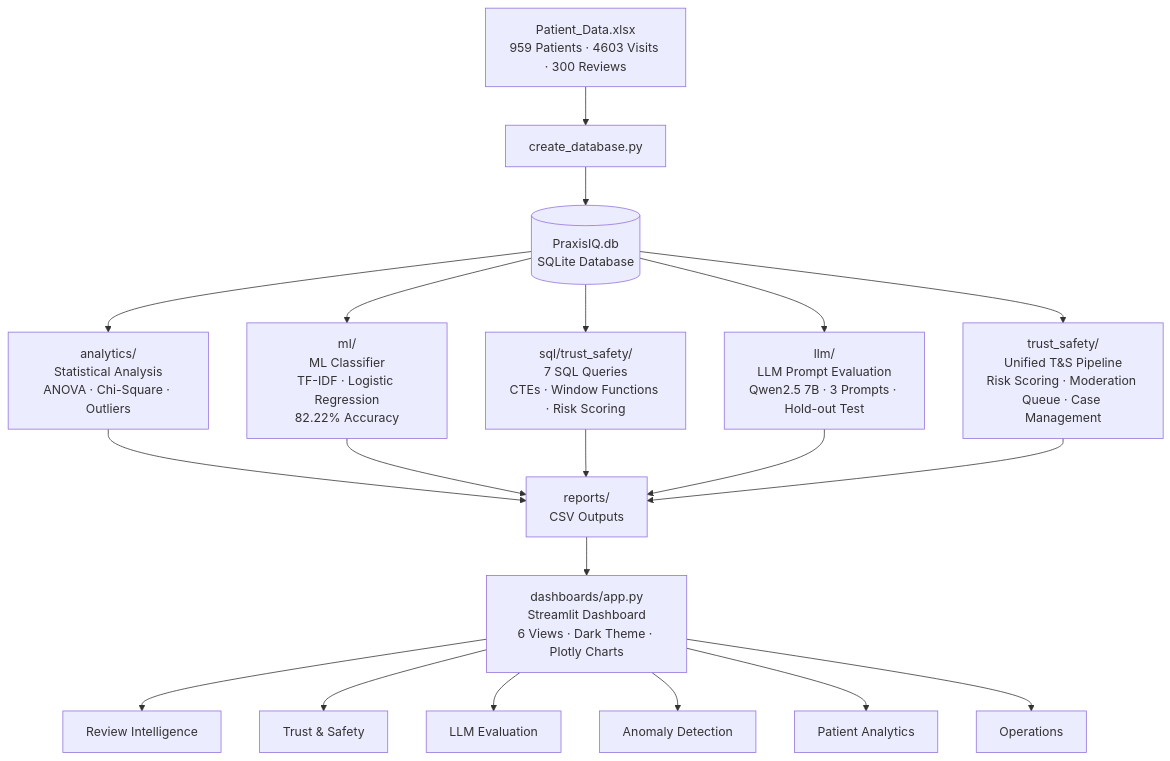
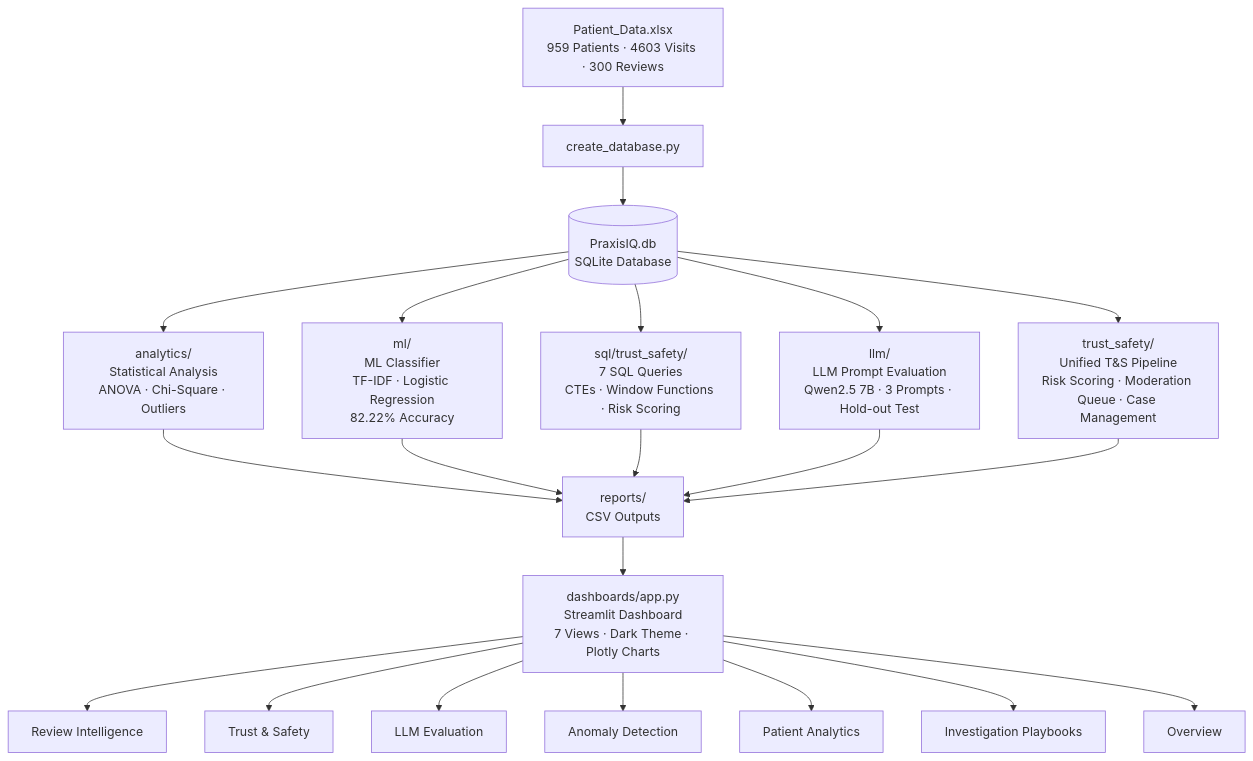
One commit to VishnuO5/PraxisIQ changed the first of 2 diagrams in README.md. Above: the diagram before and after it, drawn with Mermaid. The commit also changed other lines of this file and 4 other files, not shown here.

````diff
--- a/README.md
+++ b/README.md
@@ -46,26 +49,27 @@
 ```mermaid
 flowchart TD
     A[Patient_Data.xlsx\n959 Patients · 4603 Visits · 300 Reviews] --> B[create_database.py]
     B --> C[(PraxisIQ.db\nSQLite Database)]
 
     C --> D[analytics/\nStatistical Analysis\nANOVA · Chi-Square · Outliers]
     C --> E[ml/\nML Classifier\nTF-IDF · Logistic Regression\n82.22% Accuracy]
     C --> F[sql/trust_safety/\n7 SQL Queries\nCTEs · Window Functions · Risk Scoring]
     C --> G[llm/\nLLM Prompt Evaluation\nQwen2.5 7B · 3 Prompts · Hold-out Test]
     C --> H[trust_safety/\nUnified T&S Pipeline\nRisk Scoring · Moderation Queue · Case Management]
 
     D --> I[reports/\nCSV Outputs]
     E --> I
     F --> I
     G --> I
     H --> I
 
-    I --> J[dashboards/app.py\nStreamlit Dashboard\n6 Views · Dark Theme · Plotly Charts]
+    I --> J[dashboards/app.py\nStreamlit Dashboard\n7 Views · Dark Theme · Plotly Charts]
 
     J --> K[Review Intelligence]
     J --> L[Trust & Safety]
     J --> M[LLM Evaluation]
     J --> N[Anomaly Detection]
     J --> O[Patient Analytics]
-    J --> P[Operations]
+    J --> P[Investigation Playbooks]
+    J --> Q[Overview]
 ```
````
